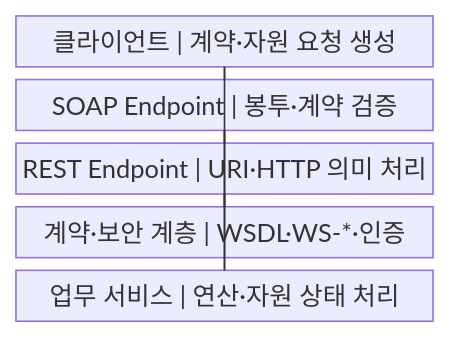
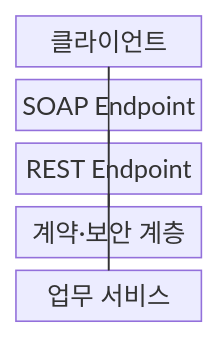
Before and after one commit to agnusdei1207/knowledge-base: the first of 2 diagrams in src/content/docs/notes/03-software/170_soap_vs_rest.md, drawn with Mermaid. The commit also changed other lines of this file and 238 other files, not shown here.

````diff
--- a/src/content/docs/notes/03-software/170_soap_vs_rest.md
+++ b/src/content/docs/notes/03-software/170_soap_vs_rest.md
@@ -55,15 +55,15 @@
 ```mermaid
-block
+block-beta
     columns 1
-    A["클라이언트 | 계약·자원 요청 생성"]
-    B["SOAP Endpoint | 봉투·계약 검증"]
-    C["REST Endpoint | URI·HTTP 의미 처리"]
-    D["계약·보안 계층 | WSDL·WS-*·인증"]
-    E["업무 서비스 | 연산·자원 상태 처리"]
+    A["클라이언트"]
+    B["SOAP Endpoint"]
+    C["REST Endpoint"]
+    D["계약·보안 계층"]
+    E["업무 서비스"]
     A --- B
     A --- C
     B --- D
     C --- D
     B --- E
     C --- E
 ```
````
